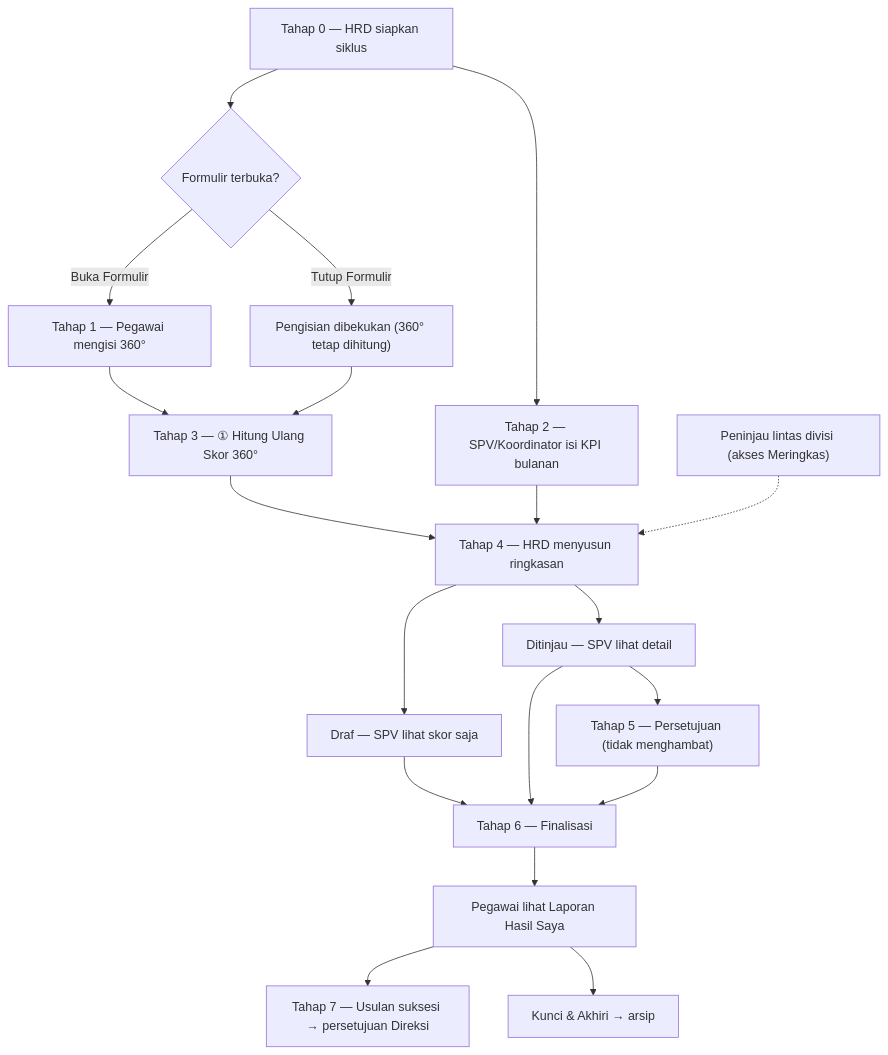
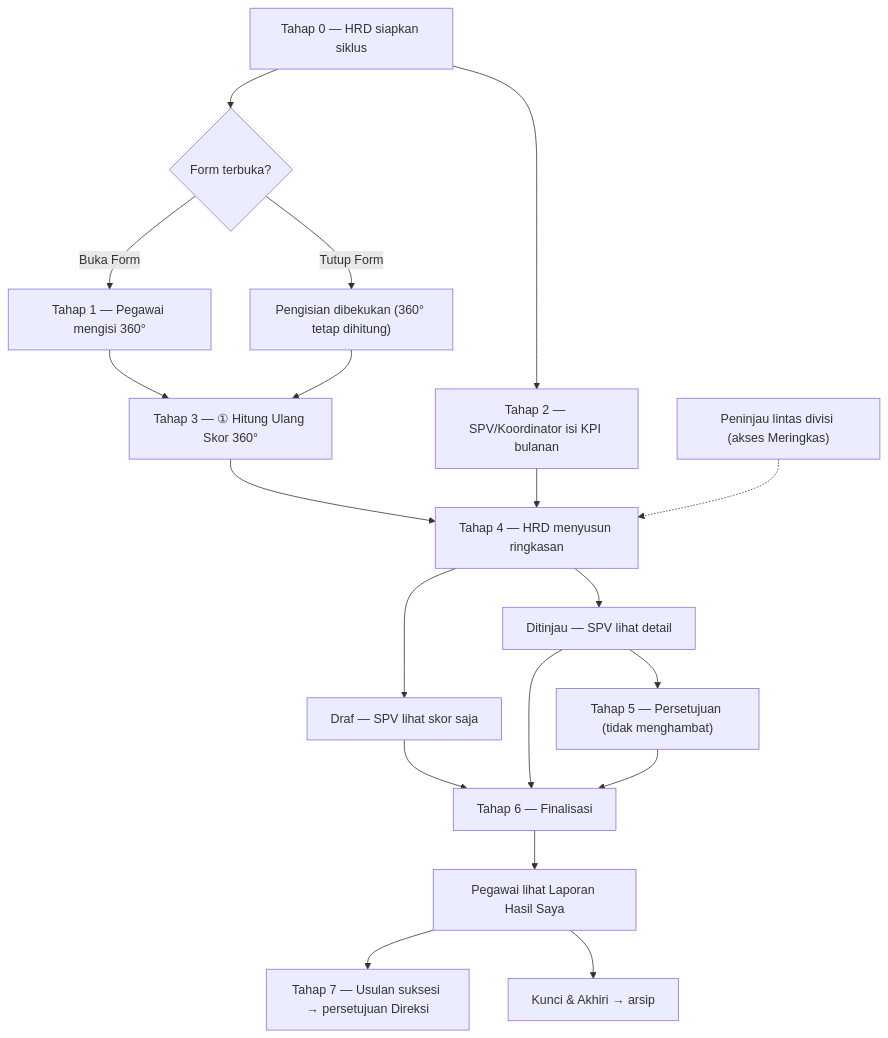
Before and after one commit to infarmcorp/infarm-360: the third of 5 diagrams in docs/PANDUAN.md, drawn with Mermaid. The commit also changed other lines of this file and 136 other files, not shown here.

````diff
--- a/docs/PANDUAN.md
+++ b/docs/PANDUAN.md
@@ -1211,21 +1211,21 @@
 ```mermaid
 flowchart TD
-  T0["Tahap 0 — HRD siapkan siklus"] --> FORM{"Formulir terbuka?"}
-  FORM -- "Buka Formulir" --> T1["Tahap 1 — Pegawai mengisi 360°"]
-  FORM -- "Tutup Formulir" --> FZ["Pengisian dibekukan (360° tetap dihitung)"]
+  T0["Tahap 0 — HRD siapkan siklus"] --> FORM{"Form terbuka?"}
+  FORM -- "Buka Form" --> T1["Tahap 1 — Pegawai mengisi 360°"]
+  FORM -- "Tutup Form" --> FZ["Pengisian dibekukan (360° tetap dihitung)"]
   T0 --> T2["Tahap 2 — SPV/Koordinator isi KPI bulanan"]
   T1 --> T3["Tahap 3 — ① Hitung Ulang Skor 360°"]
   FZ --> T3
   T3 --> T4["Tahap 4 — HRD menyusun ringkasan"]
   T2 --> T4
   PR["Peninjau lintas divisi (akses Meringkas)"] -.-> T4
   T4 --> DR["Draf — SPV lihat skor saja"]
   T4 --> IR["Ditinjau — SPV lihat detail"]
   IR --> ACC["Tahap 5 — Persetujuan (tidak menghambat)"]
   DR --> FIN["Tahap 6 — Finalisasi"]
   IR --> FIN
   ACC --> FIN
   FIN --> FR["Pegawai lihat Laporan Hasil Saya"]
   FR --> T7["Tahap 7 — Usulan suksesi → persetujuan Direksi"]
   FR --> LOCK["Kunci & Akhiri → arsip"]
 ```
````
